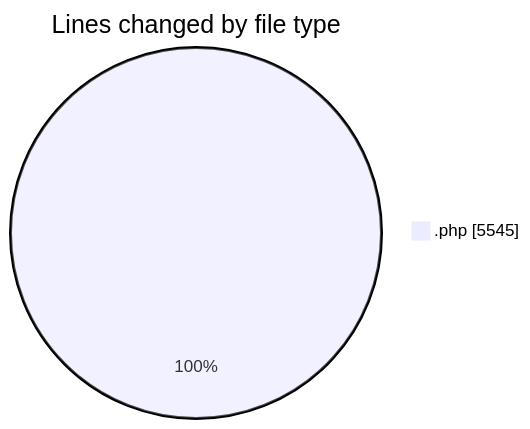
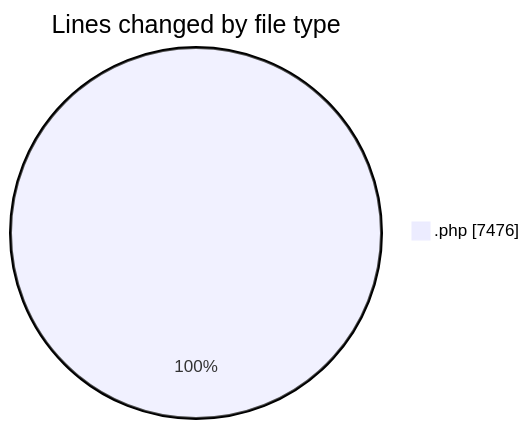
The first of 2 diagrams in 2025-07-21/shop/README.md (vahidmafi/code-tracking), drawn with Mermaid before and after one commit. The commit also changed other lines of this file and 1 other file, not shown here.

````diff
--- a/2025-07-21/shop/README.md
+++ b/2025-07-21/shop/README.md
@@ -21,5 +22,5 @@
 ```mermaid
 pie showData
 title Lines changed by file type
-".php" : 5545
+".php" : 7476
 ```
````
